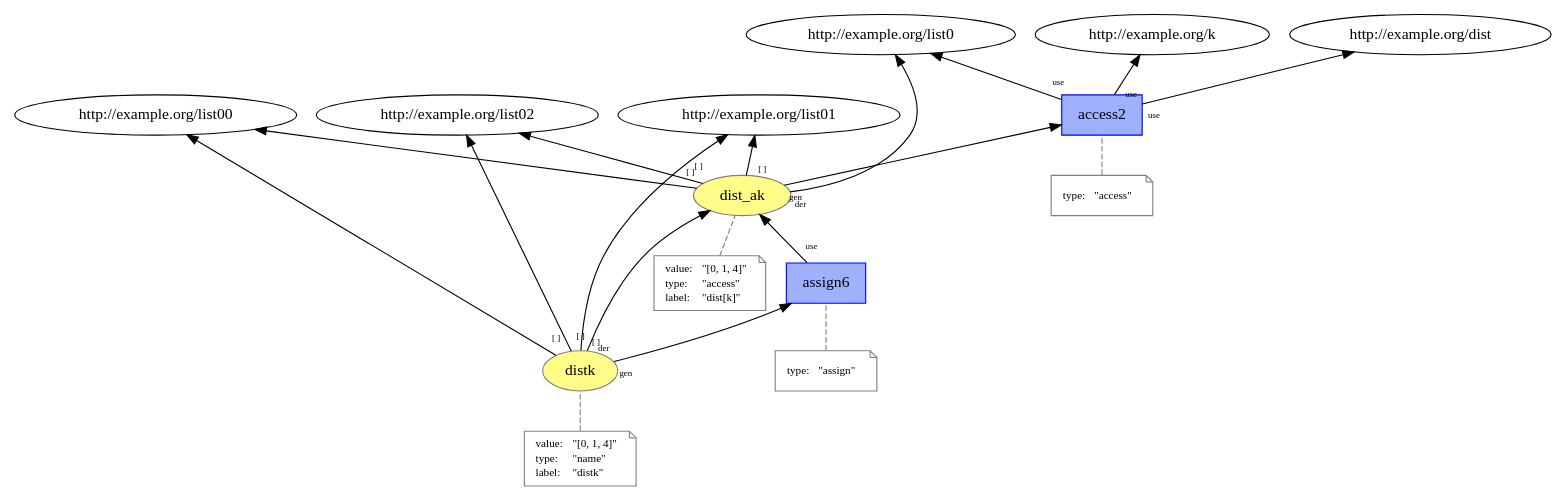
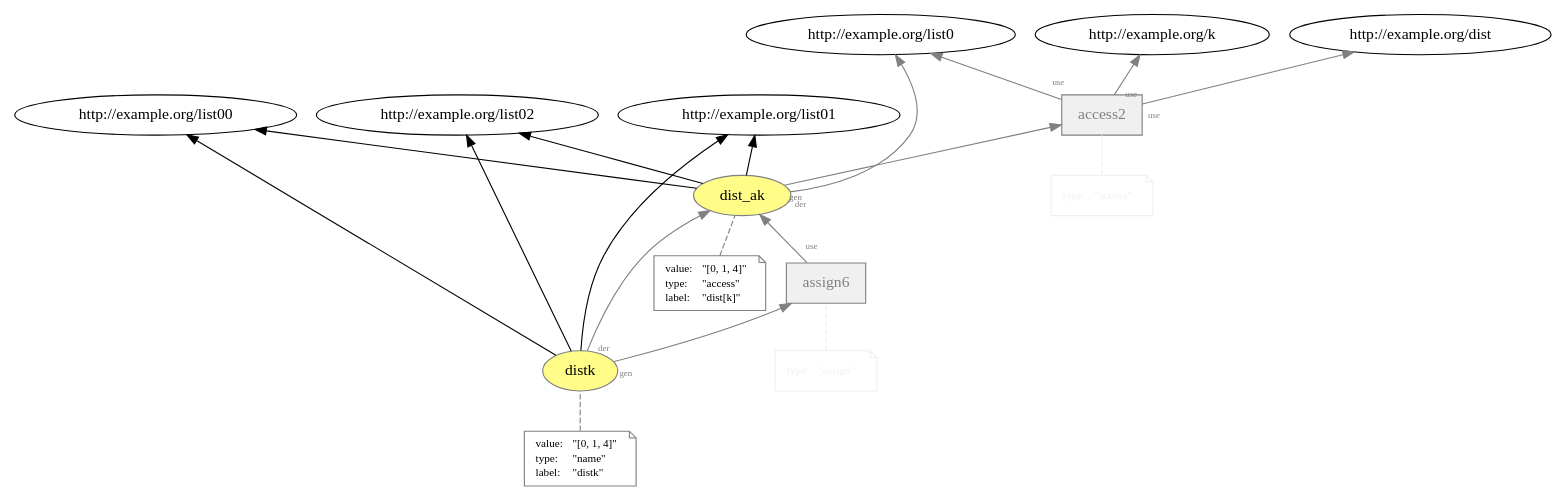
One commit to dew-uff/versioned-prov changed the diagram in images/plain_prov/temp/L10__access__assign.dot. Above: the diagram before and after it, drawn with Graphviz. The commit also changed 390 other files, not shown here.

```diff
--- a/images/plain_prov/temp/L10__access__assign.dot
+++ b/images/plain_prov/temp/L10__access__assign.dot
@@ -1,64 +1,64 @@
 digraph "PROV" { size="16,12"; rankdir="BT";
 "http://example.org/dist_ak" [fillcolor="#FFFC87",color="#808080",style="filled",label="dist_ak",URL="http://example.org/dist_ak"]
 "-attrs0" [color="gray",shape="note",fontsize="10",fontcolor="black",label=<<TABLE cellpadding="0" border="0">
 	<TR>
 	    <TD align="left">value:</TD>
 	    <TD align="left">&quot;[0, 1, 4]&quot;</TD>
 	</TR>
 	<TR>
 	    <TD align="left">type:</TD>
 	    <TD align="left">&quot;access&quot;</TD>
 	</TR>
 	<TR>
 	    <TD align="left">label:</TD>
 	    <TD align="left">&quot;dist[k]&quot;</TD>
 	</TR>
 </TABLE>>]
 "-attrs0" -> "http://example.org/dist_ak" [color="gray",style="dashed",arrowhead="none"]
-"http://example.org/dist_ak" -> "http://example.org/list00" [labelfontsize="8",labeldistance="1.5",labelangle="60.0",rotation="20",taillabel="[ ]"]
-"http://example.org/dist_ak" -> "http://example.org/list01" [labelfontsize="8",labeldistance="1.5",labelangle="60.0",rotation="20",taillabel="[ ]"]
-"http://example.org/dist_ak" -> "http://example.org/list02" [labelfontsize="8",labeldistance="1.5",labelangle="60.0",rotation="20",taillabel="[ ]"]
-"http://example.org/access2" [fillcolor="#9FB1FC",color="#0000FF",shape="polygon",sides="4",style="filled",label="access2",URL="http://example.org/access2"]
-"-attrs1" [color="gray",shape="note",fontsize="10",fontcolor="black",label=<<TABLE cellpadding="0" border="0">
+"http://example.org/dist_ak" -> "http://example.org/list00"
+"http://example.org/dist_ak" -> "http://example.org/list01"
+"http://example.org/dist_ak" -> "http://example.org/list02"
+"http://example.org/access2" [fillcolor="#F0F0F0",color="gray",shape="polygon",sides="4",style="filled",label="access2",URL="http://example.org/access2",fontcolor="gray"]
+"-attrs1" [color="#F0F0F0",shape="note",fontsize="10",fontcolor="black",label=<<TABLE cellpadding="0" border="0">
 	<TR>
-	    <TD align="left">type:</TD>
-	    <TD align="left">&quot;access&quot;</TD>
+	    <TD align="left"><font color="#F0F0F0">type:</font></TD>
+	    <TD align="left"><font color="#F0F0F0">&quot;access&quot;</font></TD>
 	</TR>
 </TABLE>>]
-"-attrs1" -> "http://example.org/access2" [color="gray",style="dashed",arrowhead="none"]
-"http://example.org/access2" -> "http://example.org/list0" [labelfontsize="8",labeldistance="1.5",labelangle="60.0",rotation="20",taillabel="use"]
-"http://example.org/dist_ak" -> "http://example.org/list0" [labelfontsize="8",labeldistance="1.5",labelangle="60.0",rotation="20",taillabel="der"]
-"http://example.org/dist_ak" -> "http://example.org/access2" [labelfontsize="8",labeldistance="1.5",labelangle="60.0",rotation="20",taillabel="gen"]
-"http://example.org/access2" -> "http://example.org/dist" [labelfontsize="8",labeldistance="1.5",labelangle="60.0",rotation="20",taillabel="use"]
-"http://example.org/access2" -> "http://example.org/k" [labelfontsize="8",labeldistance="1.5",labelangle="60.0",rotation="20",taillabel="use"]
+"-attrs1" -> "http://example.org/access2" [color="#F0F0F0",style="dashed",arrowhead="none"]
+"http://example.org/access2" -> "http://example.org/list0" [labelfontsize="8",labeldistance="1.5",labelangle="60.0",rotation="20",taillabel="use",fontcolor="gray",color="gray"]
+"http://example.org/dist_ak" -> "http://example.org/list0" [labelfontsize="8",labeldistance="1.5",labelangle="60.0",rotation="20",taillabel="der",fontcolor="gray",color="gray"]
+"http://example.org/dist_ak" -> "http://example.org/access2" [labelfontsize="8",labeldistance="1.5",labelangle="60.0",rotation="20",taillabel="gen",fontcolor="gray",color="gray"]
+"http://example.org/access2" -> "http://example.org/dist" [labelfontsize="8",labeldistance="1.5",labelangle="60.0",rotation="20",taillabel="use",fontcolor="gray",color="gray"]
+"http://example.org/access2" -> "http://example.org/k" [labelfontsize="8",labeldistance="1.5",labelangle="60.0",rotation="20",taillabel="use",fontcolor="gray",color="gray"]
 "http://example.org/distk" [fillcolor="#FFFC87",color="#808080",style="filled",label="distk",URL="http://example.org/distk"]
 "-attrs2" [color="gray",shape="note",fontsize="10",fontcolor="black",label=<<TABLE cellpadding="0" border="0">
 	<TR>
 	    <TD align="left">value:</TD>
 	    <TD align="left">&quot;[0, 1, 4]&quot;</TD>
 	</TR>
 	<TR>
 	    <TD align="left">type:</TD>
 	    <TD align="left">&quot;name&quot;</TD>
 	</TR>
 	<TR>
 	    <TD align="left">label:</TD>
 	    <TD align="left">&quot;distk&quot;</TD>
 	</TR>
 </TABLE>>]
 "-attrs2" -> "http://example.org/distk" [color="gray",style="dashed",arrowhead="none"]
-"http://example.org/distk" -> "http://example.org/list00" [labelfontsize="8",labeldistance="1.5",labelangle="60.0",rotation="20",taillabel="[ ]"]
-"http://example.org/distk" -> "http://example.org/list01" [labelfontsize="8",labeldistance="1.5",labelangle="60.0",rotation="20",taillabel="[ ]"]
-"http://example.org/distk" -> "http://example.org/list02" [labelfontsize="8",labeldistance="1.5",labelangle="60.0",rotation="20",taillabel="[ ]"]
-"http://example.org/assign6" [fillcolor="#9FB1FC",color="#0000FF",shape="polygon",sides="4",style="filled",label="assign6",URL="http://example.org/assign6"]
-"-attrs3" [color="gray",shape="note",fontsize="10",fontcolor="black",label=<<TABLE cellpadding="0" border="0">
+"http://example.org/distk" -> "http://example.org/list00"
+"http://example.org/distk" -> "http://example.org/list01"
+"http://example.org/distk" -> "http://example.org/list02"
+"http://example.org/assign6" [fillcolor="#F0F0F0",color="gray",shape="polygon",sides="4",style="filled",label="assign6",URL="http://example.org/assign6",fontcolor="gray"]
+"-attrs3" [color="#F0F0F0",shape="note",fontsize="10",fontcolor="black",label=<<TABLE cellpadding="0" border="0">
 	<TR>
-	    <TD align="left">type:</TD>
-	    <TD align="left">&quot;assign&quot;</TD>
+	    <TD align="left"><font color="#F0F0F0">type:</font></TD>
+	    <TD align="left"><font color="#F0F0F0">&quot;assign&quot;</font></TD>
 	</TR>
 </TABLE>>]
-"-attrs3" -> "http://example.org/assign6" [color="gray",style="dashed",arrowhead="none"]
-"http://example.org/assign6" -> "http://example.org/dist_ak" [labelfontsize="8",labeldistance="1.5",labelangle="60.0",rotation="20",taillabel="use"]
-"http://example.org/distk" -> "http://example.org/dist_ak" [labelfontsize="8",labeldistance="1.5",labelangle="60.0",rotation="20",taillabel="der"]
-"http://example.org/distk" -> "http://example.org/assign6" [labelfontsize="8",labeldistance="1.5",labelangle="60.0",rotation="20",taillabel="gen"]
+"-attrs3" -> "http://example.org/assign6" [color="#F0F0F0",style="dashed",arrowhead="none"]
+"http://example.org/assign6" -> "http://example.org/dist_ak" [labelfontsize="8",labeldistance="1.5",labelangle="60.0",rotation="20",taillabel="use",fontcolor="gray",color="gray"]
+"http://example.org/distk" -> "http://example.org/dist_ak" [labelfontsize="8",labeldistance="1.5",labelangle="60.0",rotation="20",taillabel="der",fontcolor="gray",color="gray"]
+"http://example.org/distk" -> "http://example.org/assign6" [labelfontsize="8",labeldistance="1.5",labelangle="60.0",rotation="20",taillabel="gen",fontcolor="gray",color="gray"]
 }
```
